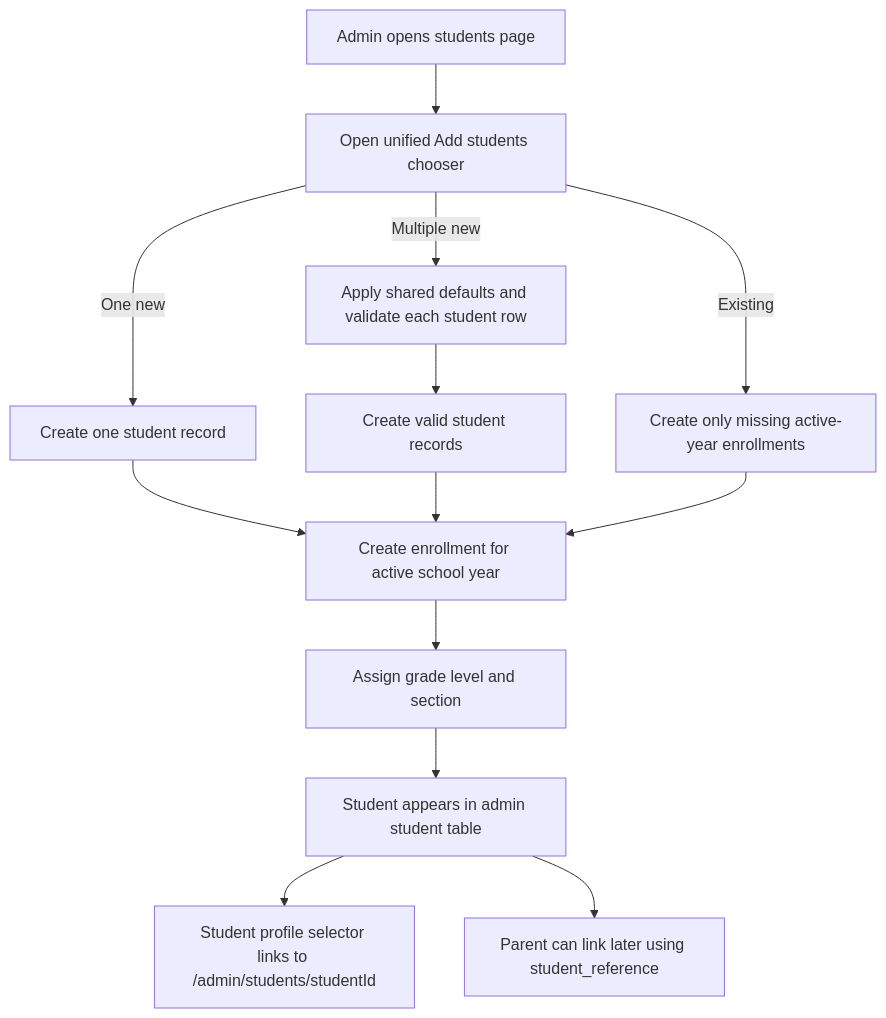
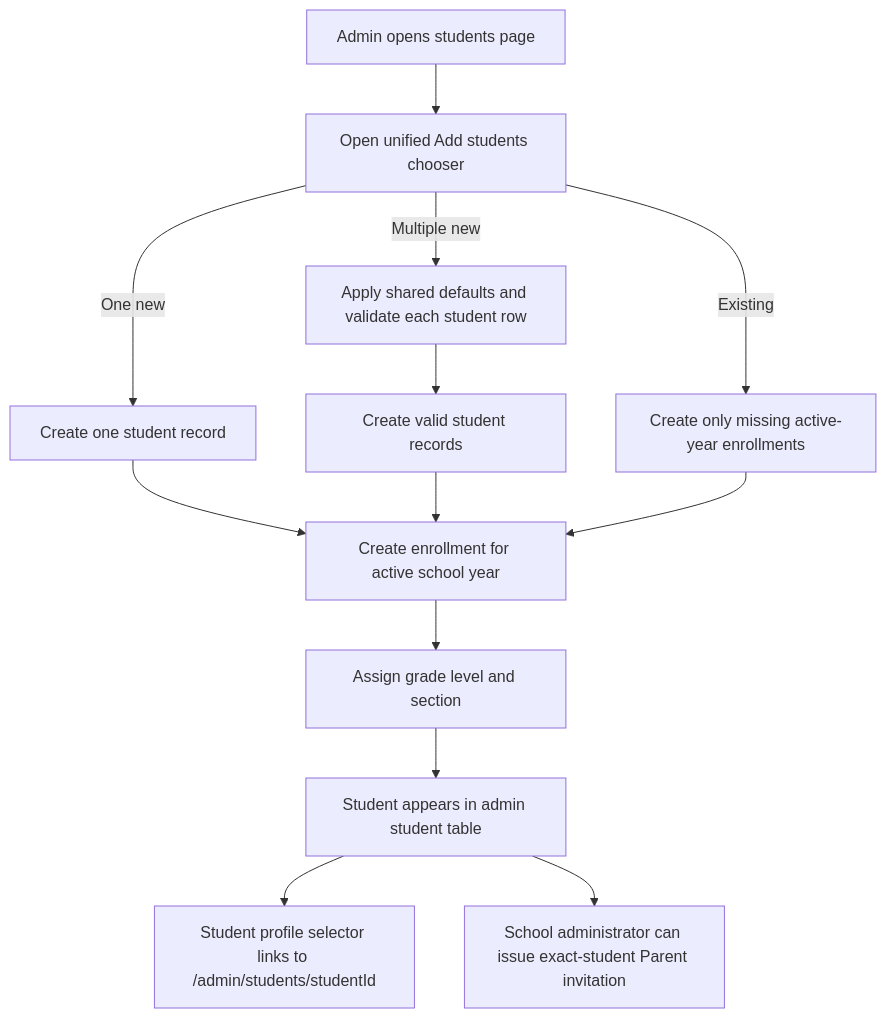
Before and after one commit to Xeyn19/xmetapay: the third of 7 diagrams in docs/DATABASE_SCHEMA_PLAN.md, drawn with Mermaid. The commit also changed other lines of this file and 40 other files, not shown here.

Commit message:
feat(parent): add invitation OTP claim flow

````diff
--- a/docs/DATABASE_SCHEMA_PLAN.md
+++ b/docs/DATABASE_SCHEMA_PLAN.md
@@ -830,15 +842,15 @@
 ```mermaid
 flowchart TD
   A["Admin opens students page"] --> B["Open unified Add students chooser"]
   B -->|One new| C["Create one student record"]
   B -->|Multiple new| D["Apply shared defaults and validate each student row"]
   B -->|Existing| D1["Create only missing active-year enrollments"]
   D --> E["Create valid student records"]
   C --> F["Create enrollment for active school year"]
   E --> F
   D1 --> F
   F --> G["Assign grade level and section"]
   G --> H["Student appears in admin student table"]
   H --> I["Student profile selector links to /admin/students/studentId"]
-  H --> J["Parent can link later using student_reference"]
+  H --> J["School administrator can issue exact-student Parent invitation"]
 ```
````
